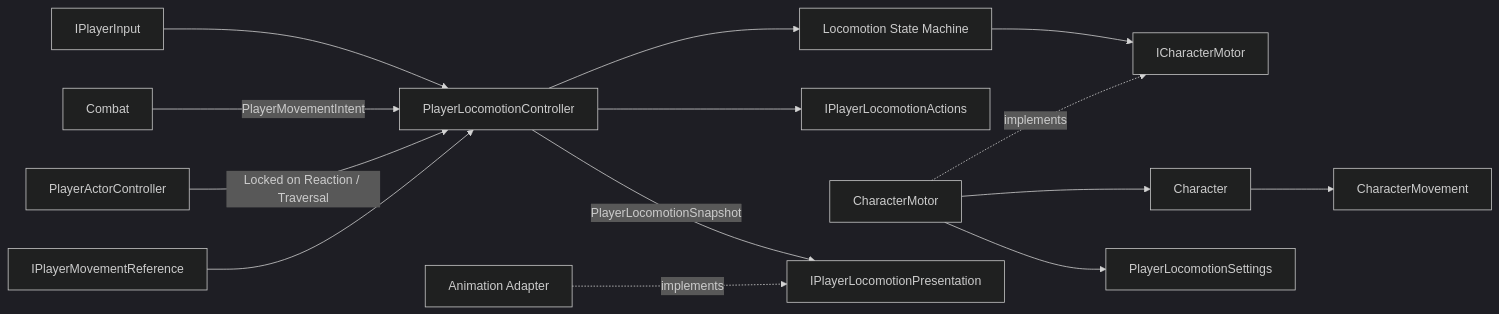
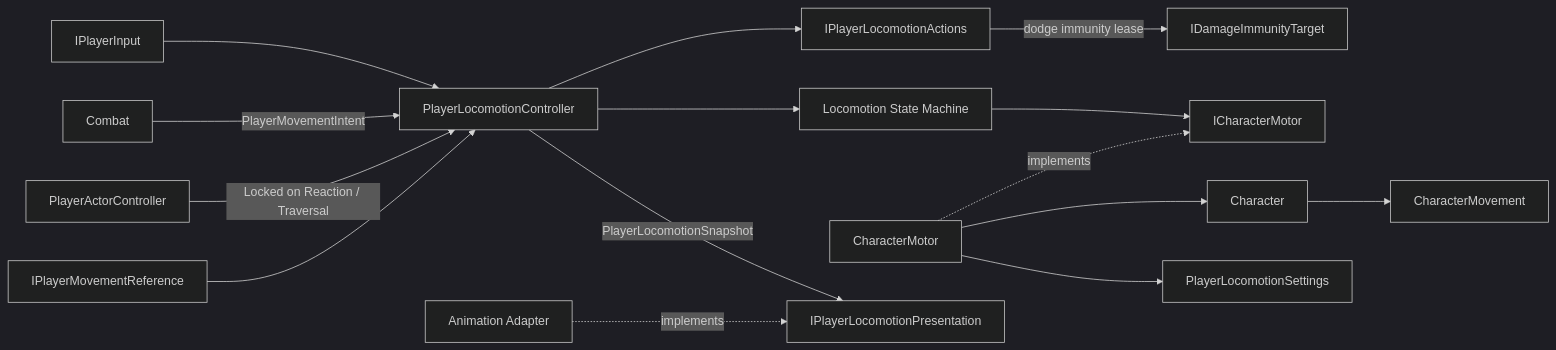
One commit to MaximFonariuc/project-s changed the third of 3 diagrams in Docs/Architecture/Player.Locomotion.md. Above: the diagram before and after it, drawn with Mermaid (dark theme). The commit also changed other lines of this file and 18 other files, not shown here.

````diff
--- a/Docs/Architecture/Player.Locomotion.md
+++ b/Docs/Architecture/Player.Locomotion.md
@@ -205,16 +241,17 @@
 ```mermaid
 flowchart LR
     Input["IPlayerInput"] --> Controller["PlayerLocomotionController"]
     Combat["Combat"] -->|"PlayerMovementIntent"| Controller
     ActorRoot["PlayerActorController"] -->|"Locked on Reaction / Traversal"| Controller
     CameraBasis["IPlayerMovementReference"] --> Controller
     Controller --> Machine["Locomotion State Machine"]
     Controller --> Actions["IPlayerLocomotionActions"]
+    Actions -->|"dodge immunity lease"| Immunity["IDamageImmunityTarget"]
     Machine --> MotorPort["ICharacterMotor"]
     Motor["CharacterMotor"] -.implements.-> MotorPort
     Motor --> Character
     Motor --> Settings["PlayerLocomotionSettings"]
     Character --> Collision["CharacterMovement"]
     Controller -->|"PlayerLocomotionSnapshot"| Presentation["IPlayerLocomotionPresentation"]
     AnimationAdapter["Animation Adapter"] -.implements.-> Presentation
 ```
````
